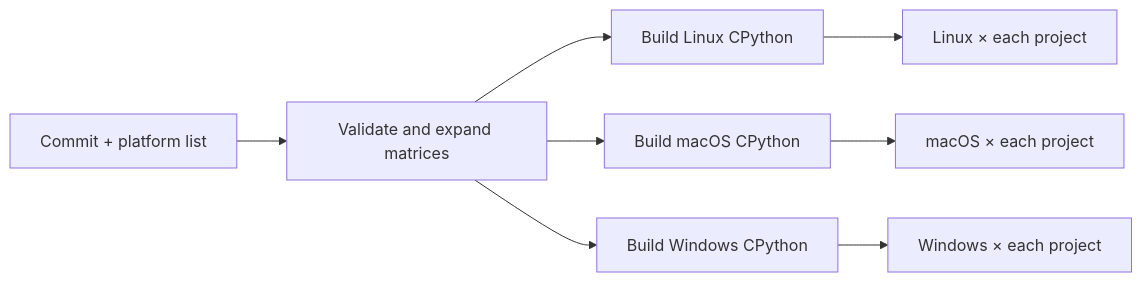
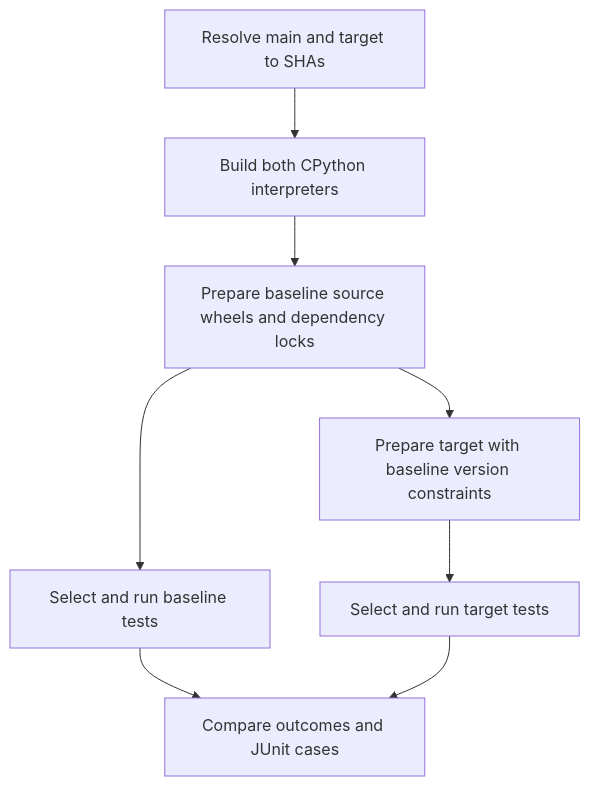
The diagram in docs/actions.md (emmatyping/snake_pit), drawn with Mermaid before and after one commit. The commit also changed other lines of this file and 13 other files, not shown here.

Commit message:
Compare CPython refs against main with dependency-aware test scheduling

````diff
--- a/docs/actions.md
+++ b/docs/actions.md
@@ -28,10 +47,10 @@
 ```mermaid
-flowchart LR
-    Input[Commit + platform list] --> Plan[Validate and expand matrices]
-    Plan --> Linux[Build Linux CPython]
-    Plan --> Mac[Build macOS CPython]
-    Plan --> Windows[Build Windows CPython]
-    Linux --> LT[Linux × each project]
-    Mac --> MT[macOS × each project]
-    Windows --> WT[Windows × each project]
+flowchart TD
+    R[Resolve main and target to SHAs] --> B[Build both CPython interpreters]
+    B --> P[Prepare baseline source wheels and dependency locks]
+    P --> M[Select and run baseline tests]
+    P --> Q[Prepare target with baseline version constraints]
+    Q --> T[Select and run target tests]
+    M --> D[Compare outcomes and JUnit cases]
+    T --> D
 ```
````
